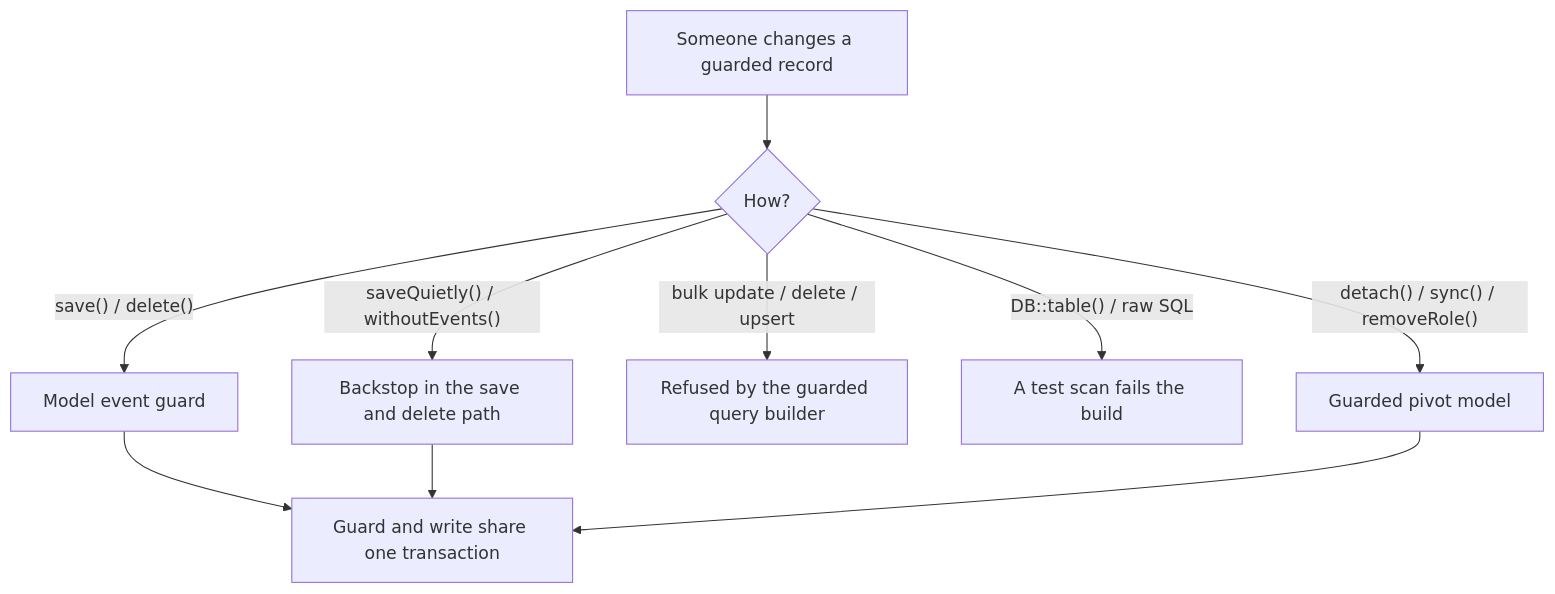
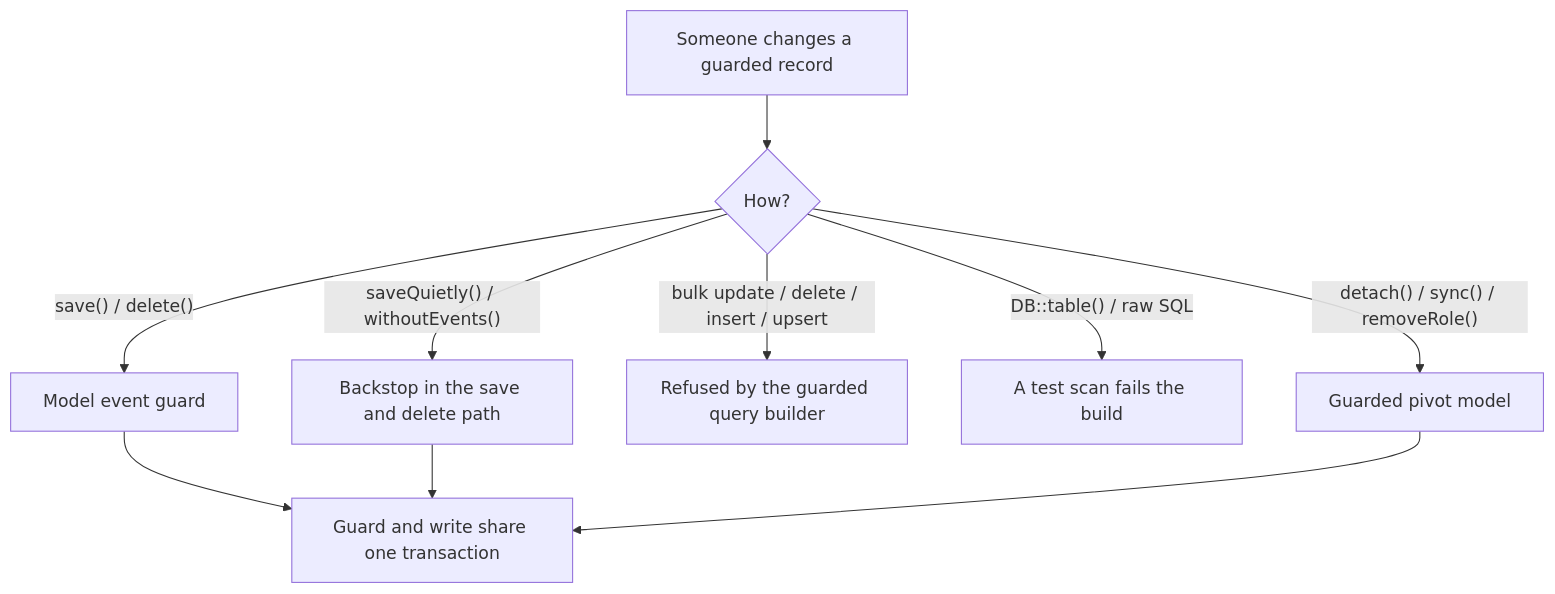
Before and after one commit to shipwithian/shipkit: the second of 3 diagrams in docs/how-shipkit-was-built.md, drawn with Mermaid. The commit also changed other lines of this file and 17 other files, not shown here.

````diff
--- a/docs/how-shipkit-was-built.md
+++ b/docs/how-shipkit-was-built.md
@@ -129,12 +130,12 @@
 ```mermaid
 flowchart TD
     W["Someone changes a guarded record"] --> Q{"How?"}
     Q -->|"save() / delete()"| E["Model event guard"]
     Q -->|"saveQuietly() / withoutEvents()"| S["Backstop in the save and delete path"]
-    Q -->|"bulk update / delete / upsert"| B["Refused by the guarded query builder"]
+    Q -->|"bulk update / delete / insert / upsert"| B["Refused by the guarded query builder"]
     Q -->|"DB::table() / raw SQL"| R["A test scan fails the build"]
     Q -->|"detach() / sync() / removeRole()"| P["Guarded pivot model"]
     E --> T["Guard and write share one transaction"]
     S --> T
     P --> T
 ```
````
